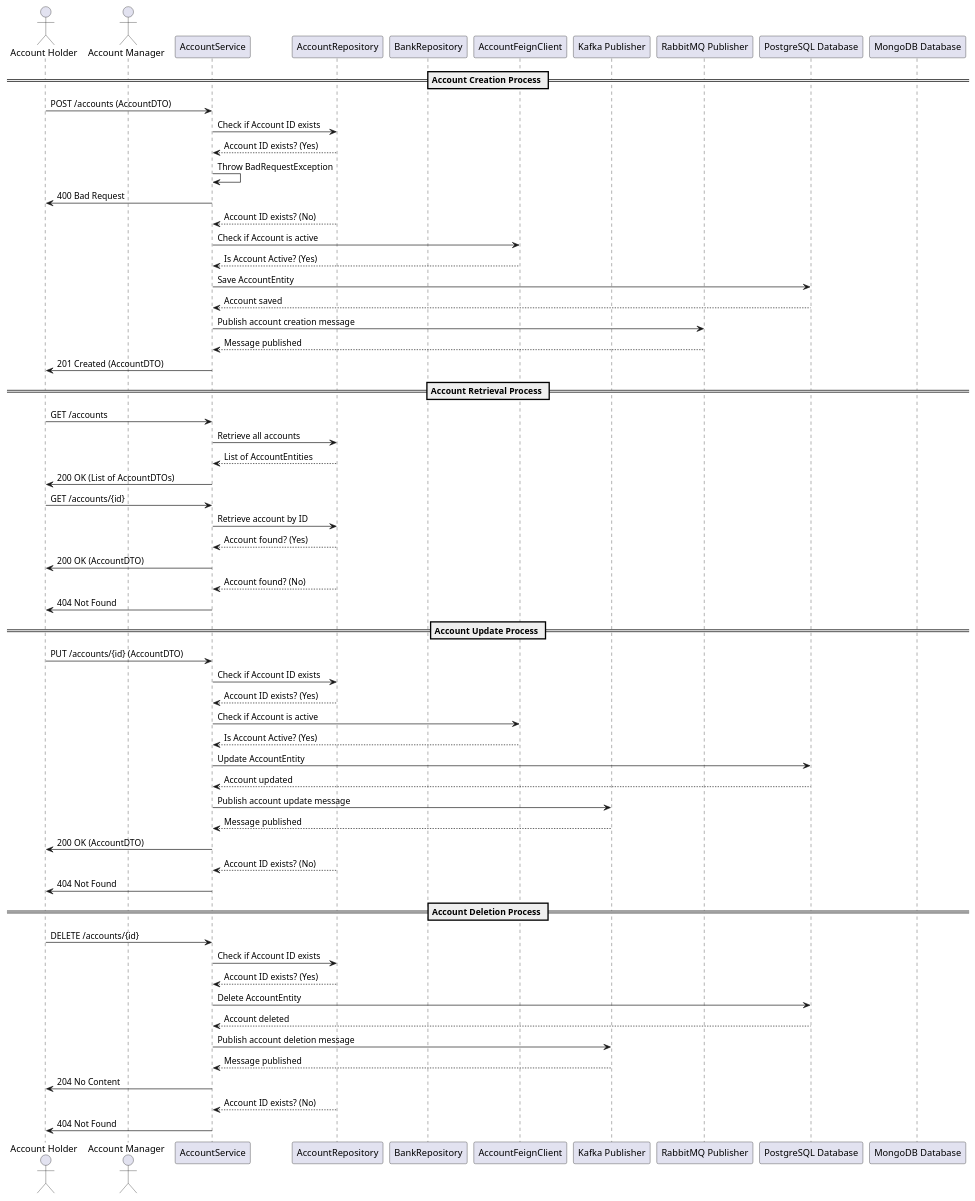
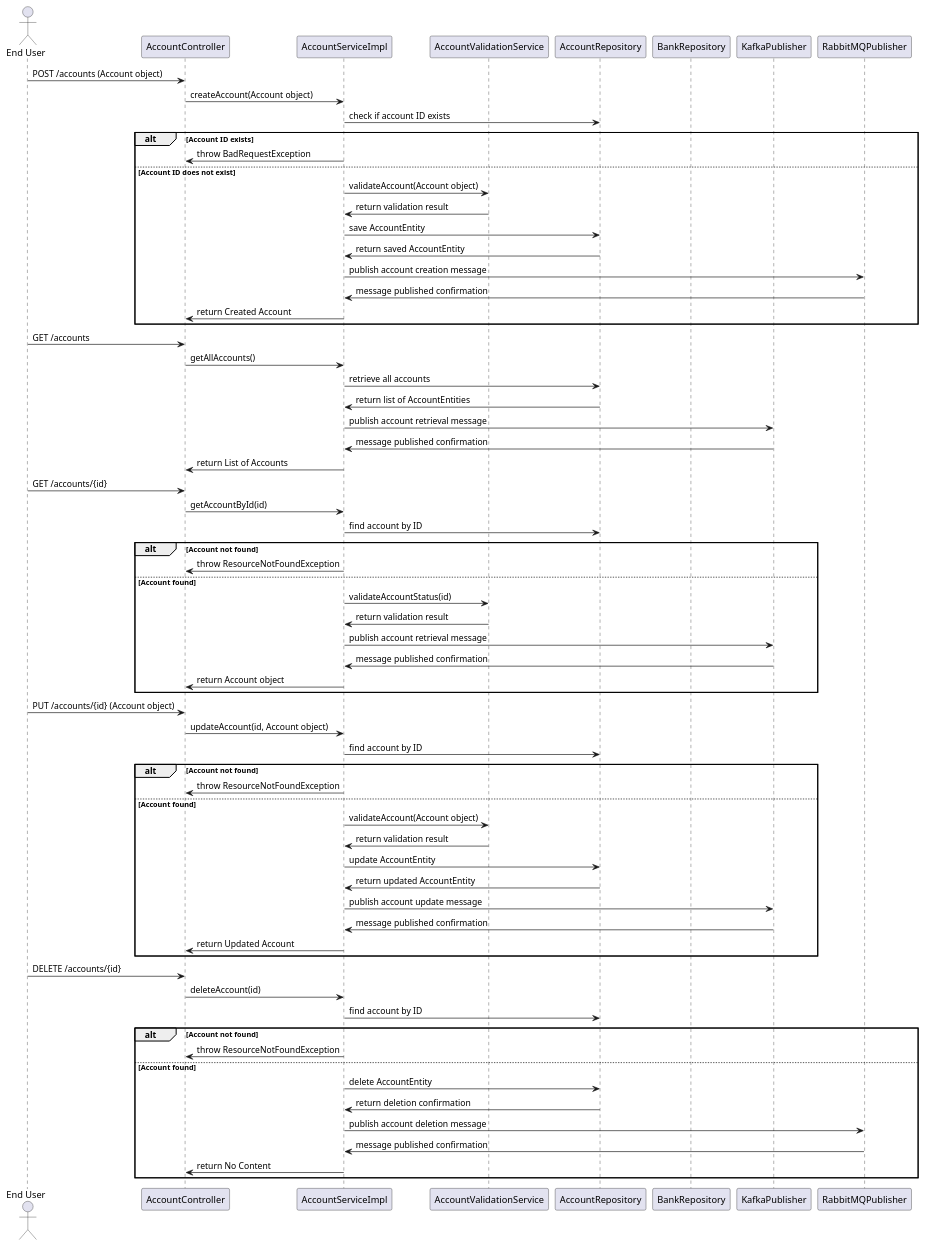
The diagram in design_document/Account_service.md (Bhaskar-Pavan/AccountService), drawn with PlantUML before and after one commit. The commit also changed other lines of this file, not shown here.

````diff
--- a/design_document/Account_service.md
+++ b/design_document/Account_service.md
@@ -35,76 +38,78 @@
 ```plantuml
 @startuml
-actor "Account Holder" as AH
-actor "Account Manager" as AM
-participant "AccountService" as AS
-participant "AccountRepository" as AR
-participant "BankRepository" as BR
-participant "AccountFeignClient" as AFC
-participant "Kafka Publisher" as KP
-participant "RabbitMQ Publisher" as RP
-participant "PostgreSQL Database" as PG
-participant "MongoDB Database" as MD
 
-== Account Creation Process ==
-AH -> AS : POST /accounts (AccountDTO)
-AS -> AR : Check if Account ID exists
-AR --> AS : Account ID exists? (Yes)
-AS -> AS : Throw BadRequestException
-AS -> AH : 400 Bad Request
+actor "End User" as User
+participant "AccountController" as Controller
+participant "AccountServiceImpl" as Service
+participant "AccountValidationService" as ValidationService
+participant "AccountRepository" as PostgreSQL
+participant "BankRepository" as MongoDB
+participant "KafkaPublisher" as Kafka
+participant "RabbitMQPublisher" as RabbitMQ
 
-AR --> AS : Account ID exists? (No)
-AS -> AFC : Check if Account is active
-AFC --> AS : Is Account Active? (Yes)
-AS -> PG : Save AccountEntity
-PG --> AS : Account saved
+User -> Controller: POST /accounts (Account object)
+Controller -> Service: createAccount(Account object)
+Service -> PostgreSQL: check if account ID exists
+alt Account ID exists
+    Service -> Controller: throw BadRequestException
+else Account ID does not exist
+    Service -> ValidationService: validateAccount(Account object)
+    ValidationService -> Service: return validation result
+    Service -> PostgreSQL: save AccountEntity
+    PostgreSQL -> Service: return saved AccountEntity
+    Service -> RabbitMQ: publish account creation message
+    RabbitMQ -> Service: message published confirmation
+    Service -> Controller: return Created Account
+end
 
-AS -> RP : Publish account creation message
-RP --> AS : Message published
-AS -> AH : 201 Created (AccountDTO)
+User -> Controller: GET /accounts
+Controller -> Service: getAllAccounts()
+Service -> PostgreSQL: retrieve all accounts
+PostgreSQL -> Service: return list of AccountEntities
+Service -> Kafka: publish account retrieval message
+Kafka -> Service: message published confirmation
+Service -> Controller: return List of Accounts
 
-== Account Retrieval Process ==
-AH -> AS : GET /accounts
-AS -> AR : Retrieve all accounts
-AR --> AS : List of AccountEntities
-AS -> AH : 200 OK (List of AccountDTOs)
+User -> Controller: GET /accounts/{id}
+Controller -> Service: getAccountById(id)
+Service -> PostgreSQL: find account by ID
+alt Account not found
+    Service -> Controller: throw ResourceNotFoundException
+else Account found
+    Service -> ValidationService: validateAccountStatus(id)
+    ValidationService -> Service: return validation result
+    Service -> Kafka: publish account retrieval message
+    Kafka -> Service: message published confirmation
+    Service -> Controller: return Account object
+end
 
-AH -> AS : GET /accounts/{id}
-AS -> AR : Retrieve account by ID
-AR --> AS : Account found? (Yes)
-AS -> AH : 200 OK (AccountDTO)
+User -> Controller: PUT /accounts/{id} (Account object)
+Controller -> Service: updateAccount(id, Account object)
+Service -> PostgreSQL: find account by ID
+alt Account not found
+    Service -> Controller: throw ResourceNotFoundException
+else Account found
+    Service -> ValidationService: validateAccount(Account object)
+    ValidationService -> Service: return validation result
+    Service -> PostgreSQL: update AccountEntity
+    PostgreSQL -> Service: return updated AccountEntity
+    Service -> Kafka: publish account update message
+    Kafka -> Service: message published confirmation
+    Service -> Controller: return Updated Account
+end
 
-AR --> AS : Account found? (No)
-AS -> AH : 404 Not Found
-
-== Account Update Process ==
-AH -> AS : PUT /accounts/{id} (AccountDTO)
-AS -> AR : Check if Account ID exists
-AR --> AS : Account ID exists? (Yes)
-AS -> AFC : Check if Account is active
-AFC --> AS : Is Account Active? (Yes)
-AS -> PG : Update AccountEntity
-PG --> AS : Account updated
-
-AS -> KP : Publish account update message
-KP --> AS : Message published
-AS -> AH : 200 OK (AccountDTO)
-
-AR --> AS : Account ID exists? (No)
-AS -> AH : 404 Not Found
-
-== Account Deletion Process ==
-AH -> AS : DELETE /accounts/{id}
-AS -> AR : Check if Account ID exists
-AR --> AS : Account ID exists? (Yes)
-AS -> PG : Delete AccountEntity
-PG --> AS : Account deleted
-
-AS -> KP : Publish account deletion message
-KP --> AS : Message published
-AS -> AH : 204 No Content
-
-AR --> AS : Account ID exists? (No)
-AS -> AH : 404 Not Found
+User -> Controller: DELETE /accounts/{id}
+Controller -> Service: deleteAccount(id)
+Service -> PostgreSQL: find account by ID
+alt Account not found
+    Service -> Controller: throw ResourceNotFoundException
+else Account found
+    Service -> PostgreSQL: delete AccountEntity
+    PostgreSQL -> Service: return deletion confirmation
+    Service -> RabbitMQ: publish account deletion message
+    RabbitMQ -> Service: message published confirmation
+    Service -> Controller: return No Content
+end
 
 @enduml
 ```
````
